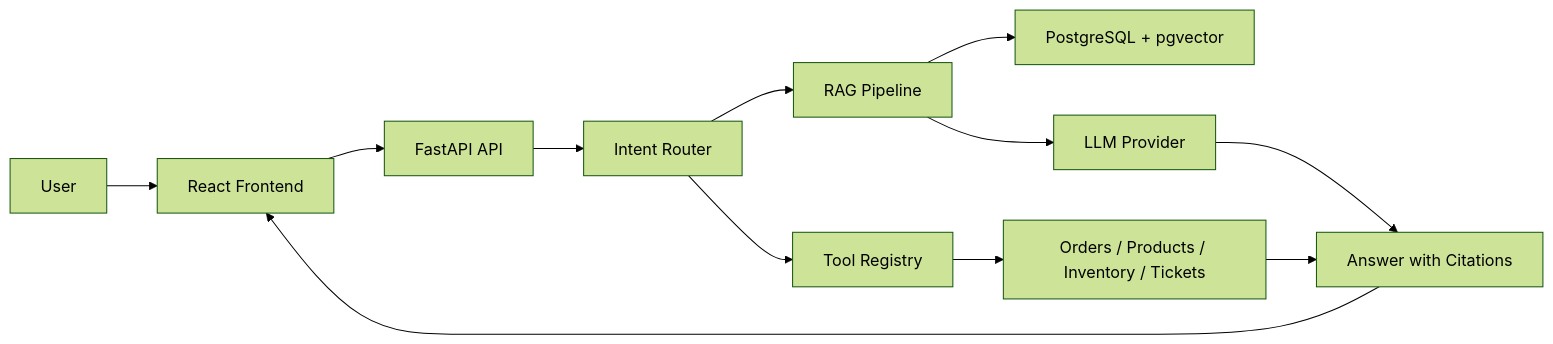
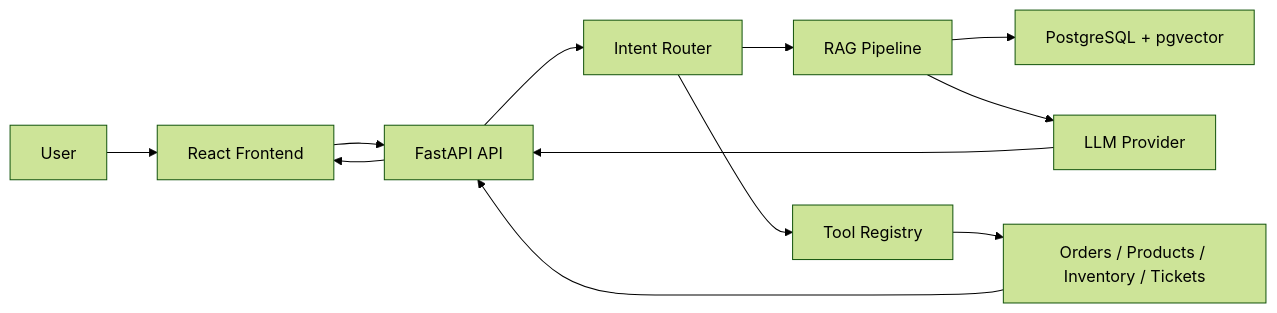
Before and after one commit to niexiaopeng02-hue/nexus-agent: the diagram in README.md, drawn with Mermaid (forest theme). The commit also changed other lines of this file and 33 other files, not shown here.

````diff
--- a/README.md
+++ b/README.md
@@ -26,14 +23,14 @@
 ```mermaid
 flowchart LR
   User[User] --> Frontend[React Frontend]
-  Frontend --> FastAPI[FastAPI API]
-  FastAPI --> Router[Intent Router]
+  Frontend --> API[FastAPI API]
+  API --> Router[Intent Router]
   Router --> RAG[RAG Pipeline]
   Router --> Tools[Tool Registry]
   RAG --> VectorDB[PostgreSQL + pgvector]
   RAG --> LLM[LLM Provider]
-  Tools --> BusinessData[Orders / Products / Inventory / Tickets]
-  LLM --> Response[Answer with Citations]
-  BusinessData --> Response
-  Response --> Frontend
+  Tools --> BusinessDB[Orders / Products / Inventory / Tickets]
+  LLM --> API
+  BusinessDB --> API
+  API --> Frontend
 ```
````
